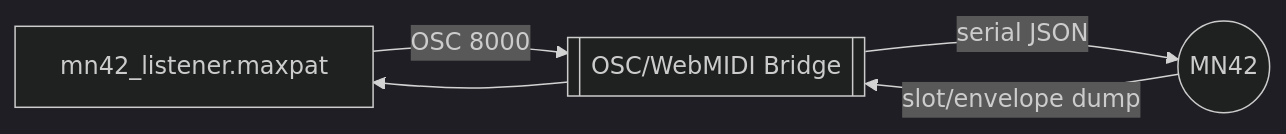
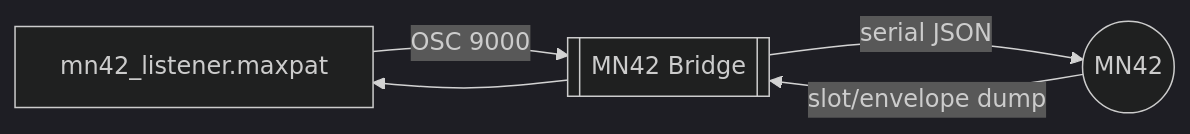
Before and after one commit to bseverns/MOARkNOBS-42: the diagram in docs/examples/max/README.md, drawn with Mermaid (dark theme). The commit also changed other lines of this file and 33 other files, not shown here.

````diff
--- a/docs/examples/max/README.md
+++ b/docs/examples/max/README.md
@@ -6,9 +5,9 @@
 ```mermaid
 flowchart LR
   MaxPatch[mn42_listener.maxpat]
-  Bridge[[OSC/WebMIDI Bridge]]
+  Bridge[[MN42 Bridge]]
   Controller((MN42))
-  MaxPatch -->|OSC 8000| Bridge
+  MaxPatch -->|OSC 9000| Bridge
   Bridge -->|serial JSON| Controller
   Controller -->|slot/envelope dump| Bridge --> MaxPatch
 ```
````
